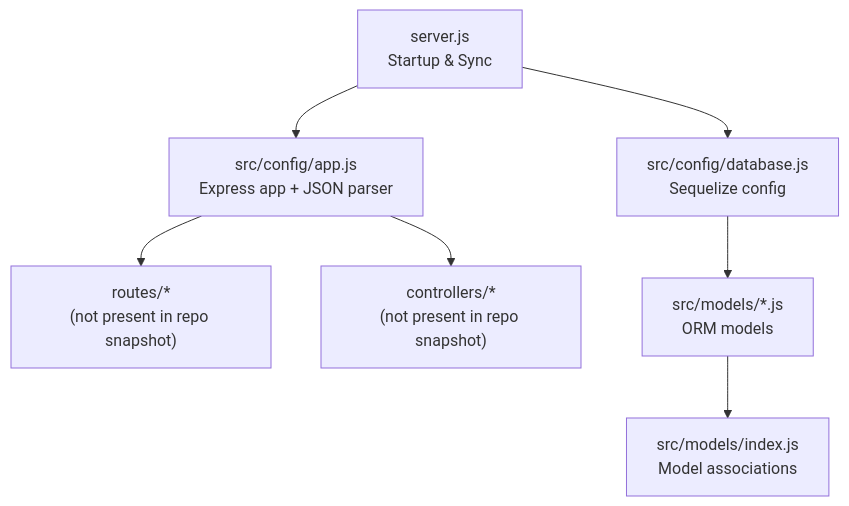
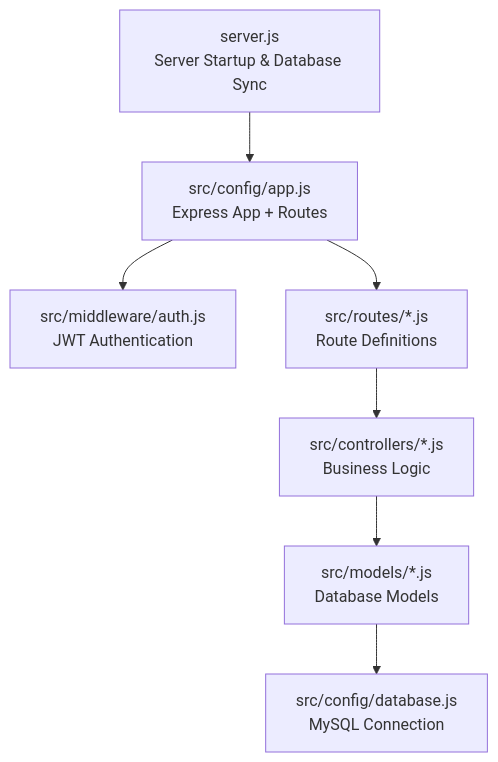
Before and after one commit to Mreng78/khirocom_project: the first of 3 diagrams in .qoder/repowiki/en/content/API Endpoints Reference.md, drawn with Mermaid. The commit also changed other lines of this file and 10 other files, not shown here.

````diff
--- a/.qoder/repowiki/en/content/API Endpoints Reference.md
+++ b/.qoder/repowiki/en/content/API Endpoints Reference.md
@@ -41,9 +67,9 @@
 ```mermaid
 graph TB
-Server["server.js<br/>Startup & Sync"] --> AppCfg["src/config/app.js<br/>Express app + JSON parser"]
-Server --> DB["src/config/database.js<br/>Sequelize config"]
-AppCfg --> Routes["routes/*<br/>(not present in repo snapshot)"]
-AppCfg --> Controllers["controllers/*<br/>(not present in repo snapshot)"]
-DB --> Models["src/models/*.js<br/>ORM models"]
-Models --> Assoc["src/models/index.js<br/>Model associations"]
+Server["server.js<br/>Server Startup & Database Sync"] --> AppCfg["src/config/app.js<br/>Express App + Routes"]
+AppCfg --> Auth["src/middleware/auth.js<br/>JWT Authentication"]
+AppCfg --> Routes["src/routes/*.js<br/>Route Definitions"]
+Routes --> Controllers["src/controllers/*.js<br/>Business Logic"]
+Controllers --> Models["src/models/*.js<br/>Database Models"]
+Models --> DB["src/config/database.js<br/>MySQL Connection"]
 ```
````
